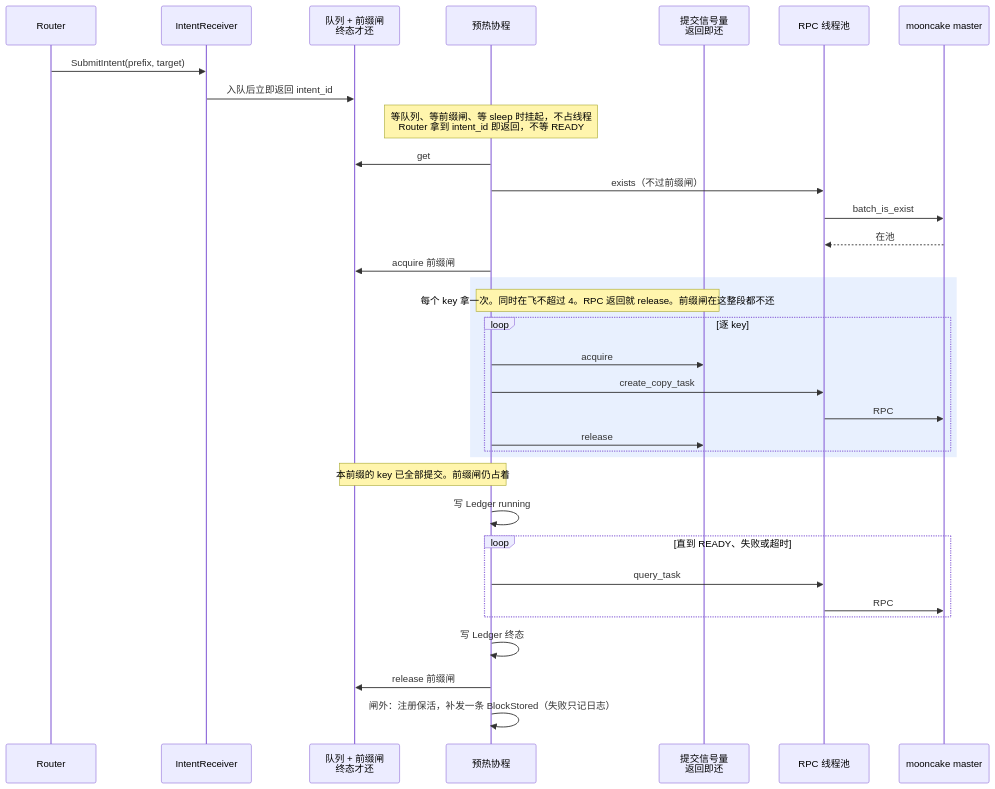
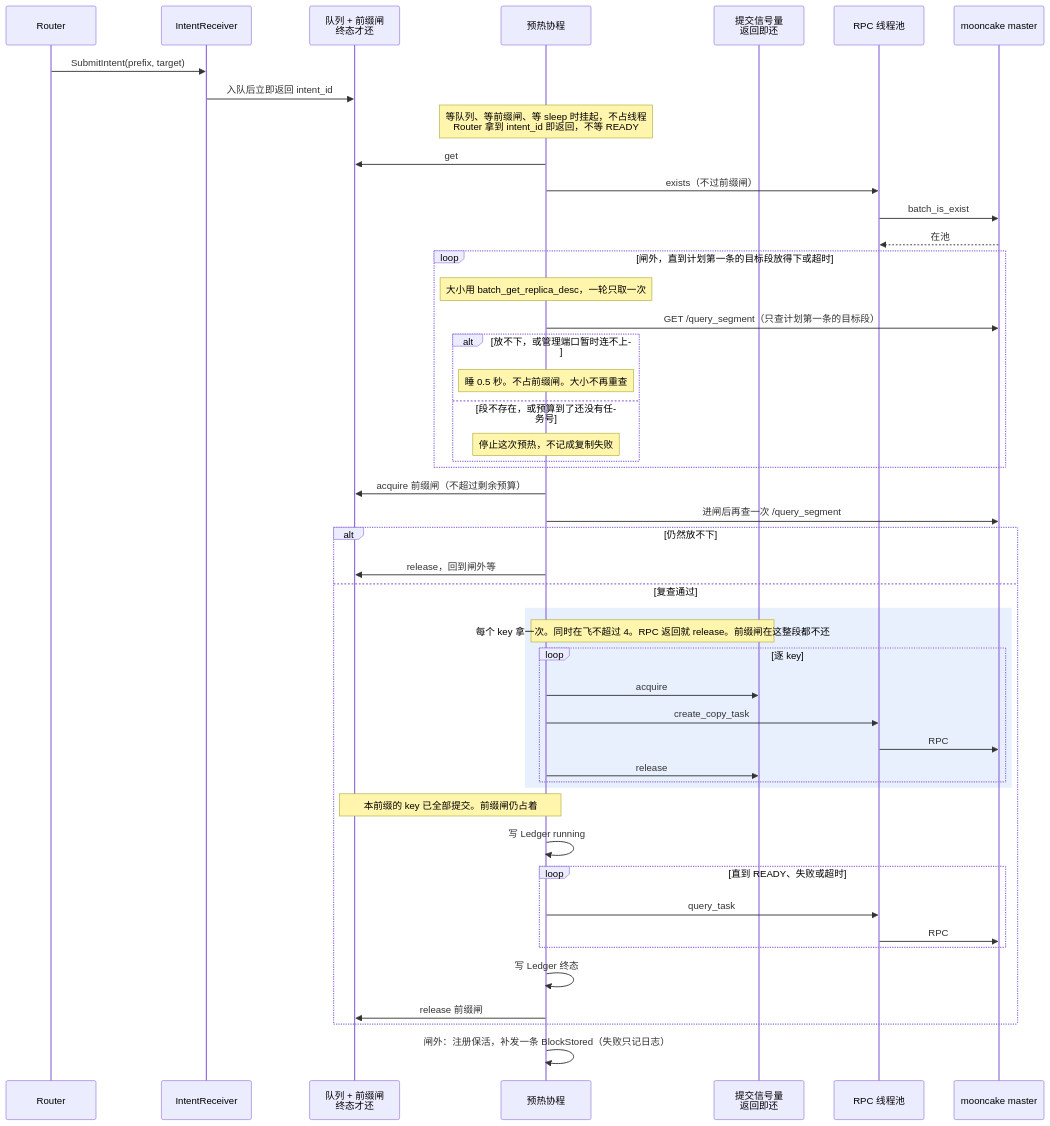
One commit to 5x8-40/lake changed the seventh of 7 diagrams in kvcm/design/code-architecture.md. Above: the diagram before and after it, drawn with Mermaid. The commit also changed other lines of this file and 17 other files, not shown here.

````diff
--- a/kvcm/design/code-architecture.md
+++ b/kvcm/design/code-architecture.md
@@ -442,37 +449,51 @@
 ```mermaid
 sequenceDiagram
     participant R as Router
     participant Recv as IntentReceiver
     participant Q as 队列 + 前缀闸<br/>终态才还
     participant W as 预热协程
     participant S as 提交信号量<br/>返回即还
     participant Ex as RPC 线程池
     participant M as mooncake master
 
     R->>Recv: SubmitIntent(prefix, target)
     Recv->>Q: 入队后立即返回 intent_id
     Note over W: 等队列、等前缀闸、等 sleep 时挂起，不占线程<br/>Router 拿到 intent_id 即返回，不等 READY
     W->>Q: get
     W->>Ex: exists（不过前缀闸）
     Ex->>M: batch_is_exist
     M-->>Ex: 在池
-    W->>Q: acquire 前缀闸
+    loop 闸外，直到计划第一条的目标段放得下或超时
+        Note over W: 大小用 batch_get_replica_desc，一轮只取一次
+        W->>M: GET /query_segment（只查计划第一条的目标段）
+        alt 放不下，或管理端口暂时连不上
+            Note over W: 睡 0.5 秒。不占前缀闸。大小不再重查
+        else 段不存在，或预算到了还没有任务号
+            Note over W: 停止这次预热，不记成复制失败
+        end
+    end
+    W->>Q: acquire 前缀闸（不超过剩余预算）
+    W->>M: 进闸后再查一次 /query_segment
+    alt 仍然放不下
+        W->>Q: release，回到闸外等
+    else 复查通过
     rect rgb(232, 240, 254)
         Note over W,S: 每个 key 拿一次。同时在飞不超过 4。RPC 返回就 release。前缀闸在这整段都不还
         loop 逐 key
             W->>S: acquire
             W->>Ex: create_copy_task
             Ex->>M: RPC
             W->>S: release
         end
     end
     Note over W,Q: 本前缀的 key 已全部提交。前缀闸仍占着
     W->>W: 写 Ledger running
     loop 直到 READY、失败或超时
         W->>Ex: query_task
         Ex->>M: RPC
     end
     W->>W: 写 Ledger 终态
     W->>Q: release 前缀闸
+    end
     W->>W: 闸外：注册保活，补发一条 BlockStored（失败只记日志）
 ```
````
